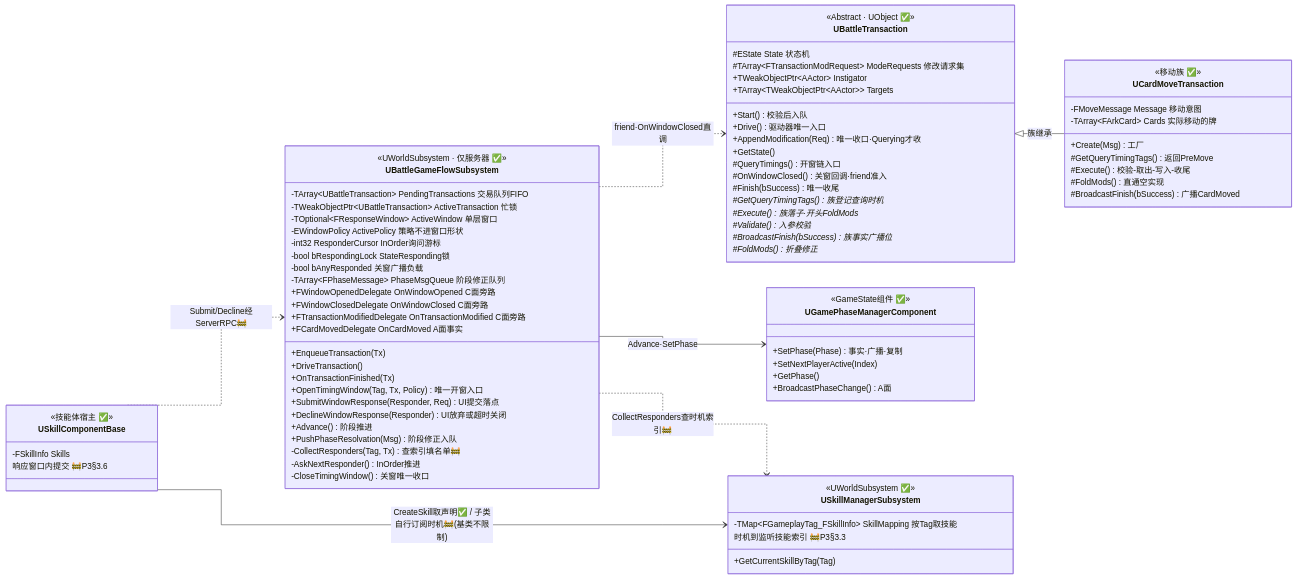
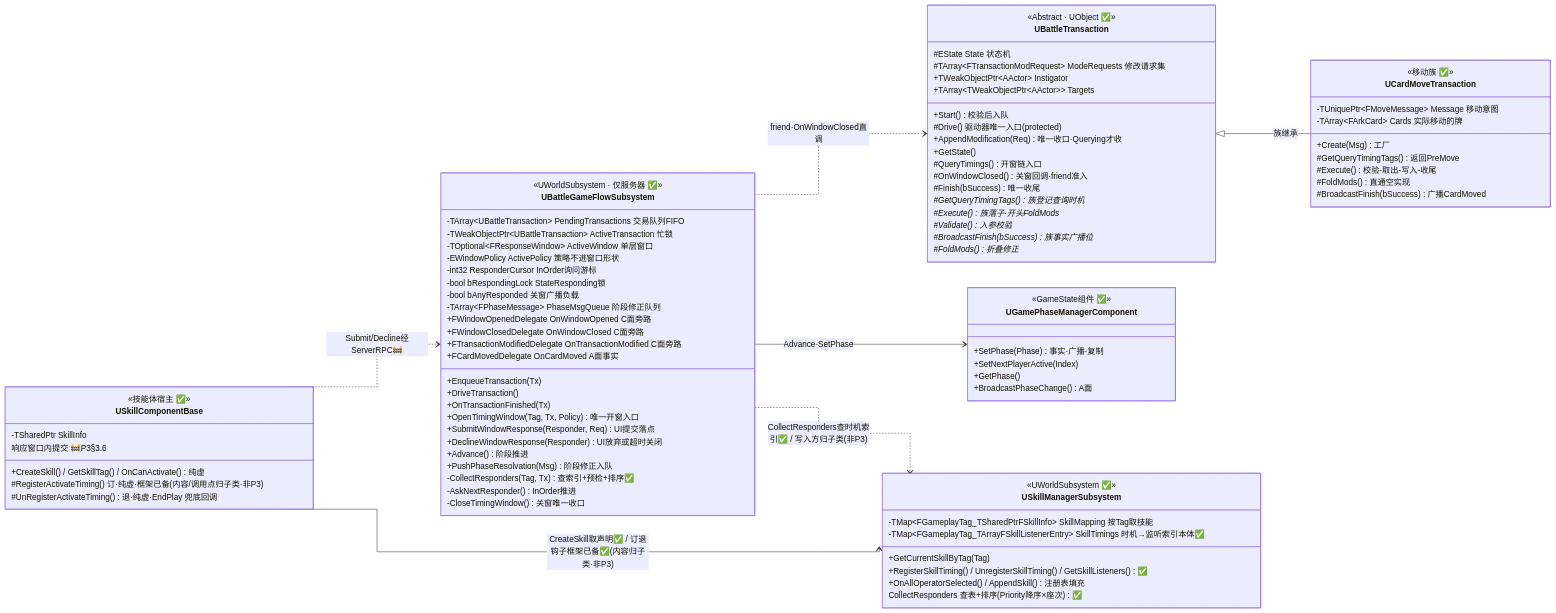
One commit to Fyammetta/ArkWars changed the first of 6 diagrams in Docs/02-阶段性任务/P3-架构图集.md. Above: the diagram before and after it, drawn with Mermaid. The commit also changed other lines of this file and 14 other files, not shown here.

````diff
--- a/Docs/02-阶段性任务/P3-架构图集.md
+++ b/Docs/02-阶段性任务/P3-架构图集.md
@@ -37,7 +37,7 @@
         +DeclineWindowResponse(Responder) UI放弃或超时关闭
         +Advance() 阶段推进
         +PushPhaseResolvation(Msg) 阶段修正入队
-        -CollectResponders(Tag, Tx) 查索引填名单🚧
+        -CollectResponders(Tag, Tx) 查索引+预检+排序✅
         -AskNextResponder() InOrder推进
         -CloseTimingWindow() 关窗唯一收口
     }
@@ -49,7 +49,7 @@
         +TWeakObjectPtr~AActor~ Instigator
         +TArray~TWeakObjectPtr~AActor~~ Targets
         +Start() 校验后入队
-        +Drive() 驱动器唯一入口
+        #Drive() 驱动器唯一入口(protected)
         +AppendModification(Req) 唯一收口·Querying才收
         +GetState()
         #QueryTimings() 开窗链入口
@@ -64,7 +64,7 @@
 
     class UCardMoveTransaction {
         <<移动族 ✅>>
-        -FMoveMessage Message 移动意图
+        -TUniquePtr~FMoveMessage~ Message 移动意图
         -TArray~FArkCard~ Cards 实际移动的牌
         +Create(Msg) 工厂
         #GetQueryTimingTags() 返回PreMove
@@ -75,9 +75,12 @@
 
     class USkillManagerSubsystem {
         <<UWorldSubsystem ✅>>
-        -TMap~FGameplayTag_FSkillInfo~ SkillMapping 按Tag取技能
+        -TMap~FGameplayTag_TSharedPtrFSkillInfo~ SkillMapping 按Tag取技能
+        -TMap~FGameplayTag_TArrayFSkillListenerEntry~ SkillTimings 时机→监听索引本体✅
         +GetCurrentSkillByTag(Tag)
-        时机到监听技能索引 🚧P3§3.3
+        +RegisterSkillTiming() / UnregisterSkillTiming() / GetSkillListeners() ✅
+        +OnAllOperatorSelected() / AppendSkill() 注册表填充
+        CollectResponders 查表+排序(Priority降序×座次)✅
     }
 
     class UGamePhaseManagerComponent {
@@ -90,7 +93,10 @@
 
     class USkillComponentBase {
         <<技能体宿主 ✅>>
-        -FSkillInfo Skills
+        -TSharedPtr<FSkillInfo> SkillInfo
+        +CreateSkill() / GetSkillTag() / OnCanActivate() 纯虚
+        #RegisterActivateTiming() 订·纯虚·框架已备(内容/调用点归子类·非P3)
+        #UnRegisterActivateTiming() 退·纯虚·EndPlay 兜底回调
         响应窗口内提交 🚧P3§3.6
     }
 
@@ -101,6 +107,6 @@
 
     %% 协作组件（主轴上方一字排开）
     UBattleGameFlowSubsystem --> UGamePhaseManagerComponent : Advance·SetPhase
-    USkillComponentBase --> USkillManagerSubsystem : CreateSkill取声明✅ / 子类自行订阅时机🚧(基类不限制)
-    UBattleGameFlowSubsystem ..> USkillManagerSubsystem : CollectResponders查时机索引🚧
+    USkillComponentBase --> USkillManagerSubsystem : CreateSkill取声明✅ / 订退钩子框架已备✅(内容归子类·非P3)
+    UBattleGameFlowSubsystem ..> USkillManagerSubsystem : CollectResponders查时机索引✅ / 写入方归子类(非P3)
 ```
````
